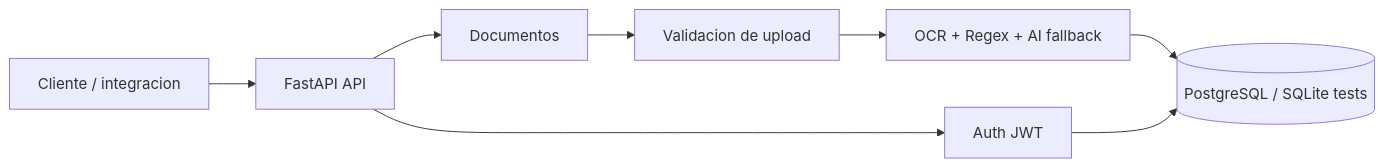
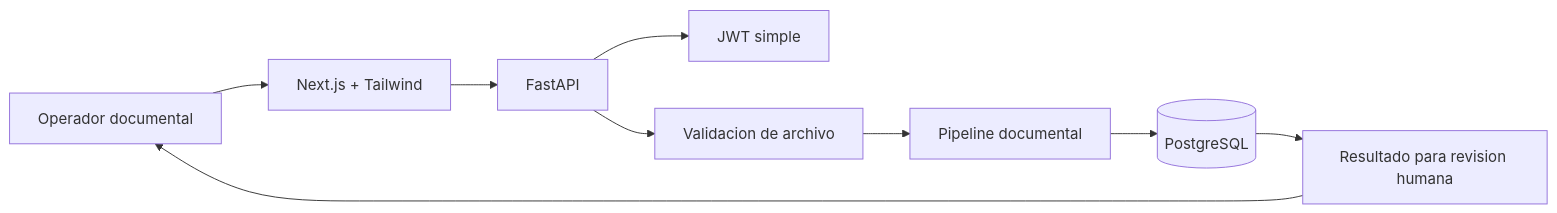
The first of 2 diagrams in logisparse/README.md (hxcCoder/LogisParse), drawn with Mermaid before and after one commit. The commit also changed other lines of this file and 24 other files, not shown here.

````diff
--- a/logisparse/README.md
+++ b/logisparse/README.md
@@ -12,10 +14,11 @@
 ```mermaid
 flowchart LR
-    Client["Cliente / integracion"] --> API["FastAPI API"]
-    API --> Auth["Auth JWT"]
-    API --> Docs["Documentos"]
-    Docs --> Validate["Validacion de upload"]
-    Validate --> Extract["OCR + Regex + AI fallback"]
-    Extract --> DB[("PostgreSQL / SQLite tests")]
-    Auth --> DB
+    User["Operador documental"] --> UI["Next.js + Tailwind"]
+    UI --> API["FastAPI"]
+    API --> Auth["JWT simple"]
+    API --> Upload["Validacion de archivo"]
+    Upload --> Extract["Pipeline documental"]
+    Extract --> DB[("PostgreSQL")]
+    DB --> Review["Resultado para revision humana"]
+    Review --> User
 ```
````
